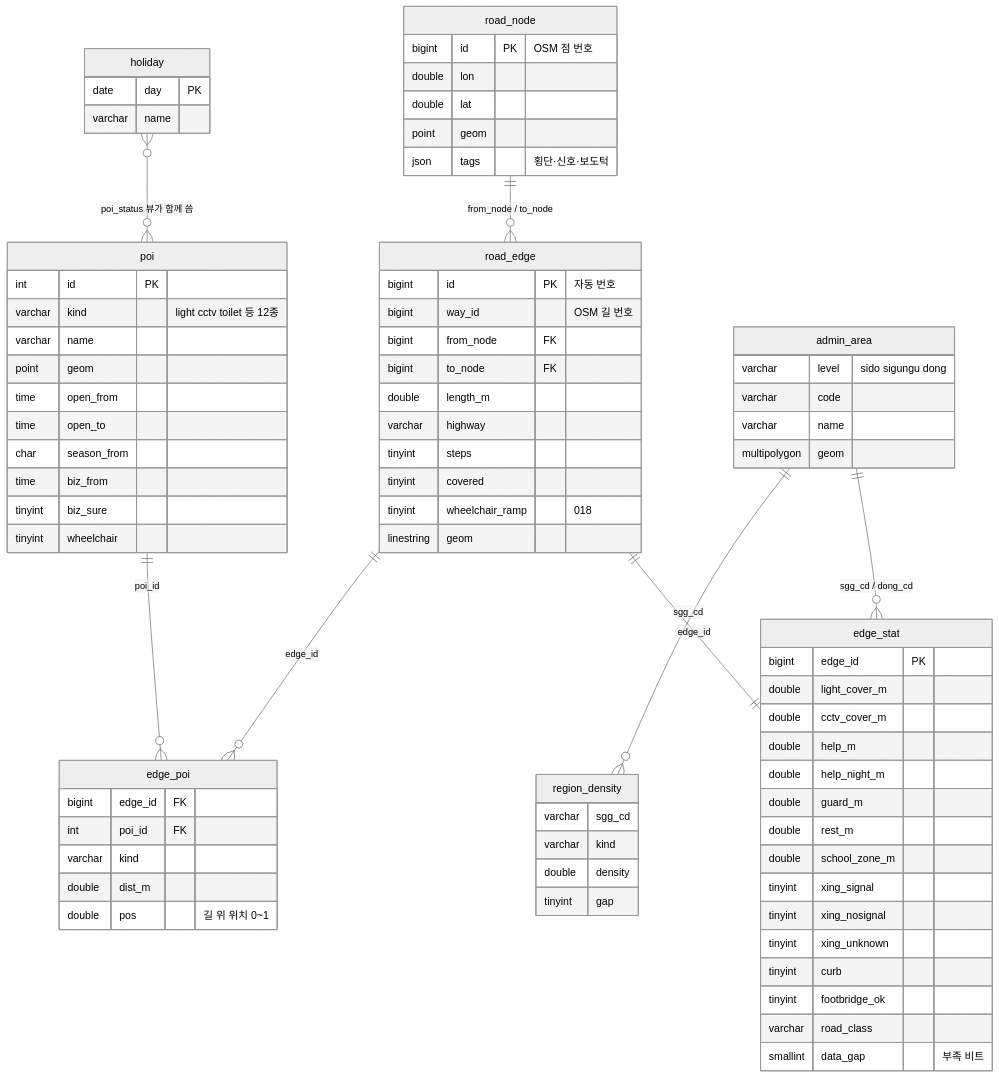
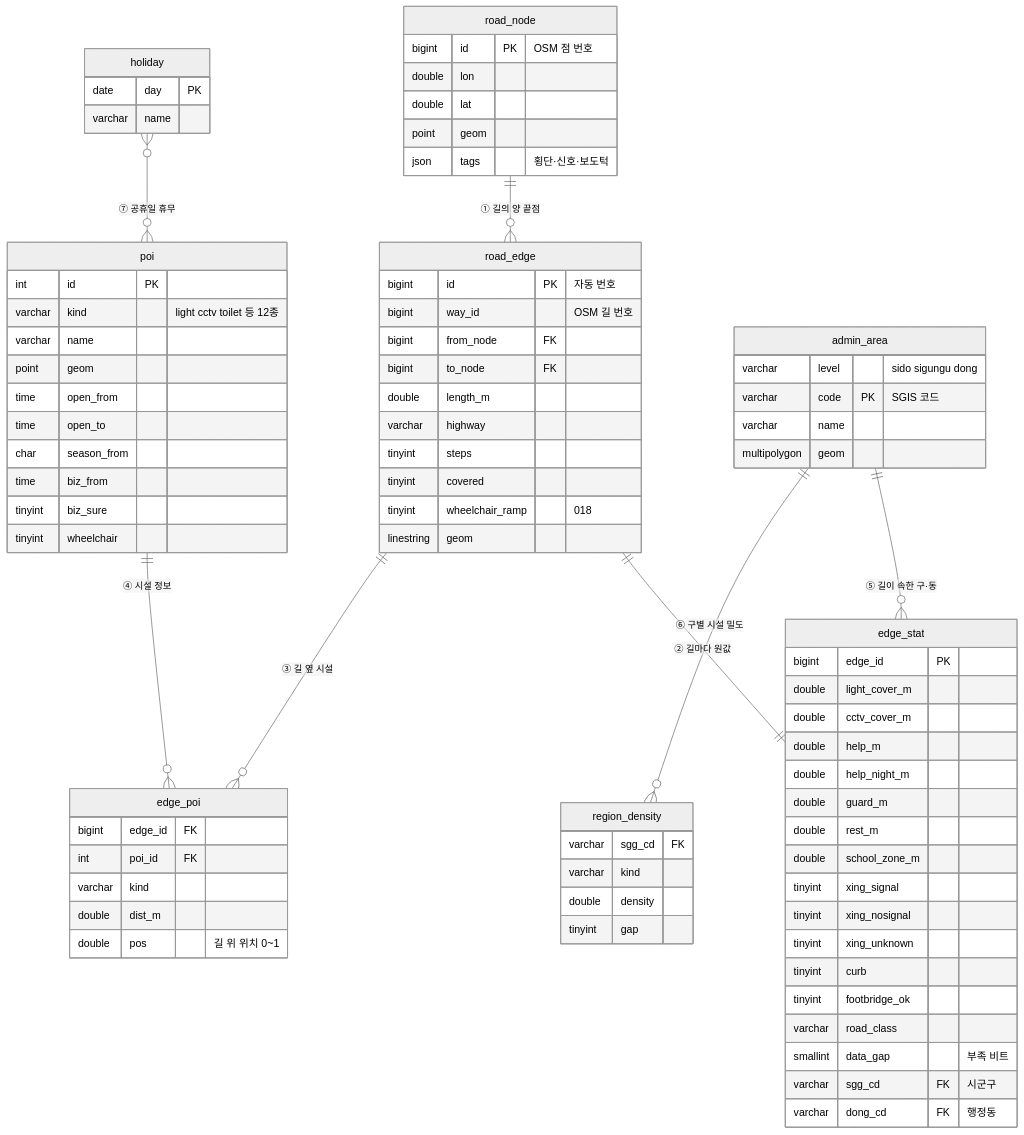
Before and after one commit to Safe-Way/safe-route: the diagram in docs/erd/route_core_erd.mmd, drawn with Mermaid (neutral theme). The commit also changed 2 other files, not shown here.

Commit message:
docs: ERD 연결선마다 왜 연결되는지 설명(①~⑦)을 달고 빠진 연결 칸을 넣음

```diff
--- a/docs/erd/route_core_erd.mmd
+++ b/docs/erd/route_core_erd.mmd
@@ -1,79 +1,81 @@
 erDiagram
-  road_node ||--o{ road_edge : "from_node / to_node"
-  road_edge ||--|| edge_stat : "edge_id"
-  road_edge ||--o{ edge_poi : "edge_id"
-  poi ||--o{ edge_poi : "poi_id"
-  admin_area ||--o{ edge_stat : "sgg_cd / dong_cd"
-  admin_area ||--o{ region_density : "sgg_cd"
-  holiday }o--o{ poi : "poi_status 뷰가 함께 씀"
+  road_node ||--o{ road_edge : "① 길의 양 끝점"
+  road_edge ||--|| edge_stat : "② 길마다 원값"
+  road_edge ||--o{ edge_poi : "③ 길 옆 시설"
+  poi ||--o{ edge_poi : "④ 시설 정보"
+  holiday }o--o{ poi : "⑦ 공휴일 휴무"
+  admin_area ||--o{ edge_stat : "⑤ 길이 속한 구·동"
+  admin_area ||--o{ region_density : "⑥ 구별 시설 밀도"
   road_node {
     bigint id PK "OSM 점 번호"
     double lon
     double lat
     point geom
     json tags "횡단·신호·보도턱"
   }
   road_edge {
     bigint id PK "자동 번호"
     bigint way_id "OSM 길 번호"
     bigint from_node FK
     bigint to_node FK
     double length_m
     varchar highway
     tinyint steps
     tinyint covered
     tinyint wheelchair_ramp "018"
     linestring geom
   }
   edge_stat {
     bigint edge_id PK
     double light_cover_m
     double cctv_cover_m
     double help_m
     double help_night_m
     double guard_m
     double rest_m
     double school_zone_m
     tinyint xing_signal
     tinyint xing_nosignal
     tinyint xing_unknown
     tinyint curb
     tinyint footbridge_ok
     varchar road_class
     smallint data_gap "부족 비트"
+    varchar sgg_cd FK "시군구"
+    varchar dong_cd FK "행정동"
   }
   edge_poi {
     bigint edge_id FK
     int poi_id FK
     varchar kind
     double dist_m
     double pos "길 위 위치 0~1"
   }
   poi {
     int id PK
     varchar kind "light cctv toilet 등 12종"
     varchar name
     point geom
     time open_from
     time open_to
     char season_from
     time biz_from
     tinyint biz_sure
     tinyint wheelchair
   }
   holiday {
     date day PK
     varchar name
   }
   admin_area {
     varchar level "sido sigungu dong"
-    varchar code
+    varchar code PK "SGIS 코드"
     varchar name
     multipolygon geom
   }
   region_density {
-    varchar sgg_cd
+    varchar sgg_cd FK
     varchar kind
     double density
     tinyint gap
   }
```
